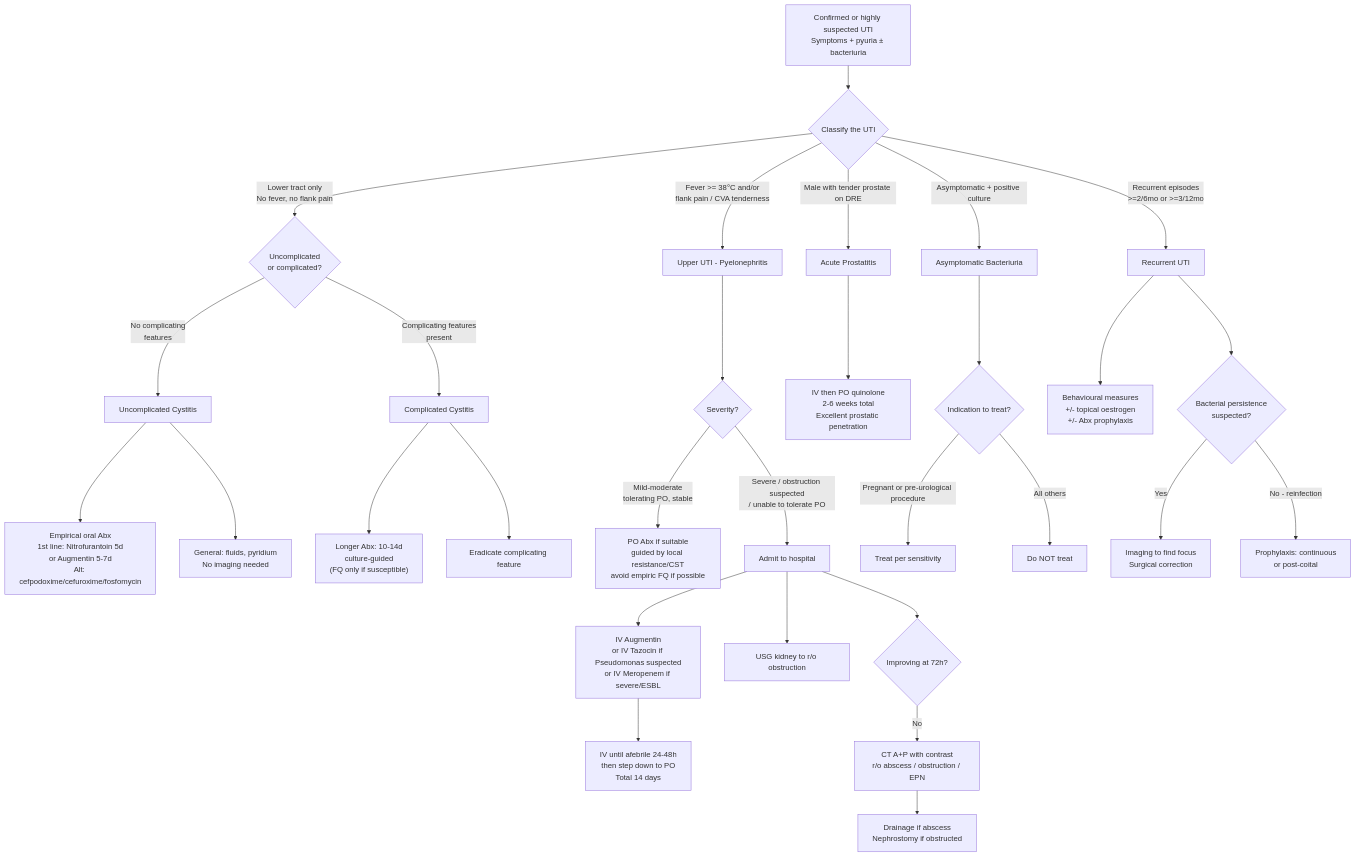
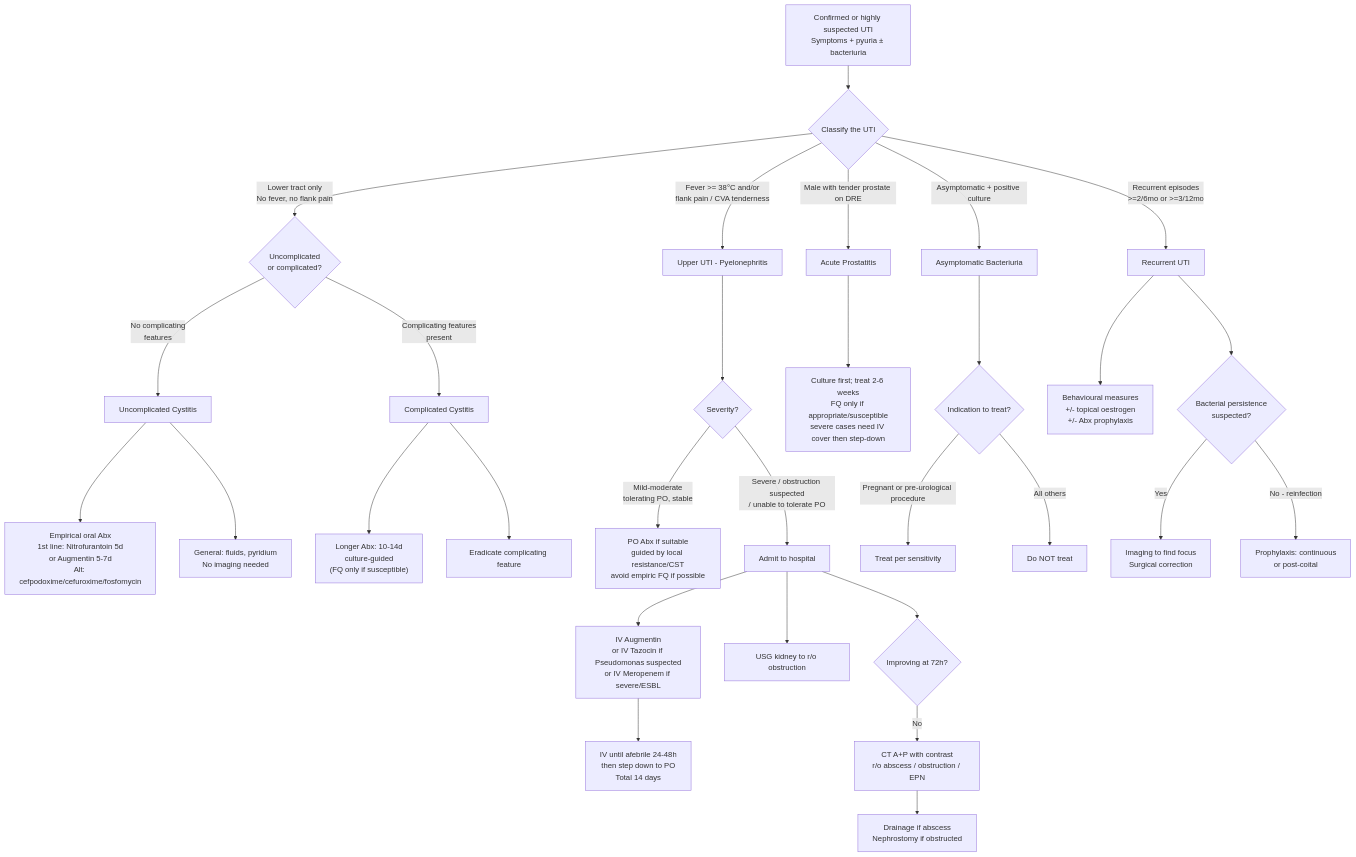
Before and after one commit to techjason/mbbspedia: the diagram in content/fragments/general-surgery/urinary-tract-infection/mx.mdx, drawn with Mermaid. The commit also changed other lines of this file and 14 other files, not shown here.

````diff
--- a/content/fragments/general-surgery/urinary-tract-infection/mx.mdx
+++ b/content/fragments/general-surgery/urinary-tract-infection/mx.mdx
@@ -32,41 +32,41 @@
 ```mermaid
 flowchart TD
     A["Confirmed or highly suspected UTI<br/>Symptoms + pyuria ± bacteriuria"] --> B{"Classify the UTI"}
     
     B -->|"Lower tract only<br/>No fever, no flank pain"| C{"Uncomplicated<br/>or complicated?"}
     B -->|"Fever >= 38°C and/or<br/>flank pain / CVA tenderness"| D["Upper UTI - Pyelonephritis"]
     B -->|"Male with tender prostate on DRE"| E["Acute Prostatitis"]
     B -->|"Asymptomatic + positive culture"| F["Asymptomatic Bacteriuria"]
     B -->|"Recurrent episodes<br/>>=2/6mo or >=3/12mo"| G["Recurrent UTI"]
     
     C -->|"No complicating<br/>features"| C1["Uncomplicated Cystitis"]
     C -->|"Complicating features<br/>present"| C2["Complicated Cystitis"]
     
     C1 --> C1a["Empirical oral Abx<br/>1st line: Nitrofurantoin 5d<br/>or Augmentin 5-7d<br/>Alt: cefpodoxime/cefuroxime/fosfomycin"]
     C1 --> C1b["General: fluids, pyridium<br/>No imaging needed"]
     
     C2 --> C2a["Longer Abx: 10-14d<br/>culture-guided<br/>(FQ only if susceptible)"]
     C2 --> C2b["Eradicate complicating feature"]
     
     D --> D1{"Severity?"}
     D1 -->|"Mild-moderate<br/>tolerating PO, stable"| D2["PO Abx if suitable<br/>guided by local resistance/CST<br/>avoid empiric FQ if possible"]
     D1 -->|"Severe / obstruction suspected<br/>/ unable to tolerate PO"| D3["Admit to hospital"]
     
     D3 --> D3a["IV Augmentin<br/>or IV Tazocin if Pseudomonas suspected<br/>or IV Meropenem if severe/ESBL"]
     D3a --> D3b["IV until afebrile 24-48h<br/>then step down to PO<br/>Total 14 days"]
     D3 --> D3c["USG kidney to r/o obstruction"]
     D3 --> D3d{"Improving at 72h?"}
     D3d -->|"No"| D3e["CT A+P with contrast<br/>r/o abscess / obstruction / EPN"]
     D3e --> D3f["Drainage if abscess<br/>Nephrostomy if obstructed"]
     
-    E --> E1["IV then PO quinolone<br/>2-6 weeks total<br/>Excellent prostatic penetration"]
+    E --> E1["Culture first; treat 2-6 weeks<br/>FQ only if appropriate/susceptible<br/>severe cases need IV cover then step-down"]
     
     F --> F1{"Indication to treat?"}
     F1 -->|"Pregnant or pre-urological procedure"| F2["Treat per sensitivity"]
     F1 -->|"All others"| F3["Do NOT treat"]
     
     G --> G1["Behavioural measures<br/>+/- topical oestrogen<br/>+/- Abx prophylaxis"]
     G --> G2{"Bacterial persistence<br/>suspected?"}
     G2 -->|"Yes"| G3["Imaging to find focus<br/>Surgical correction"]
     G2 -->|"No - reinfection"| G4["Prophylaxis: continuous<br/>or post-coital"]
 ```
````
